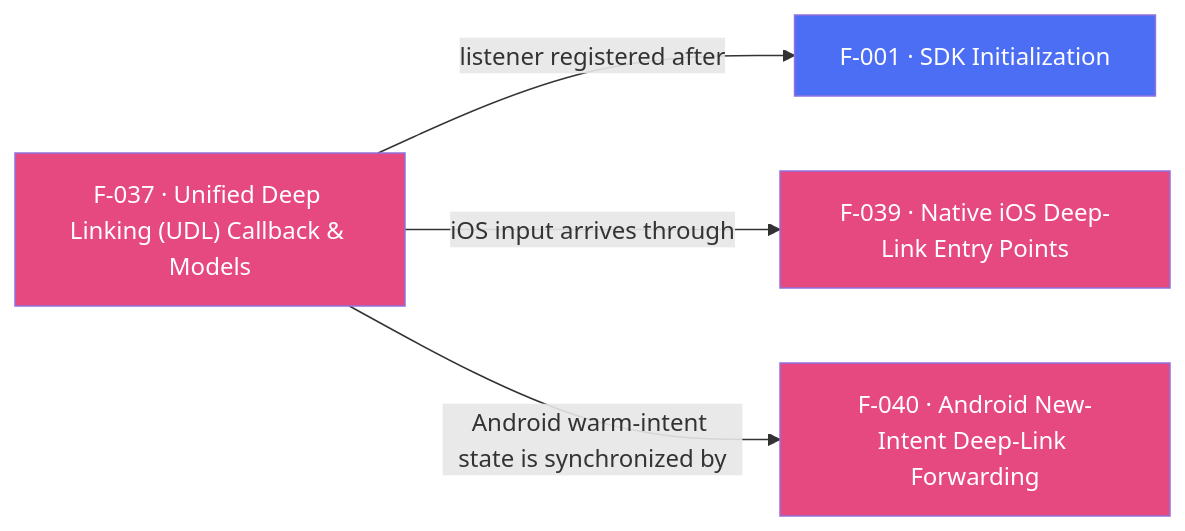
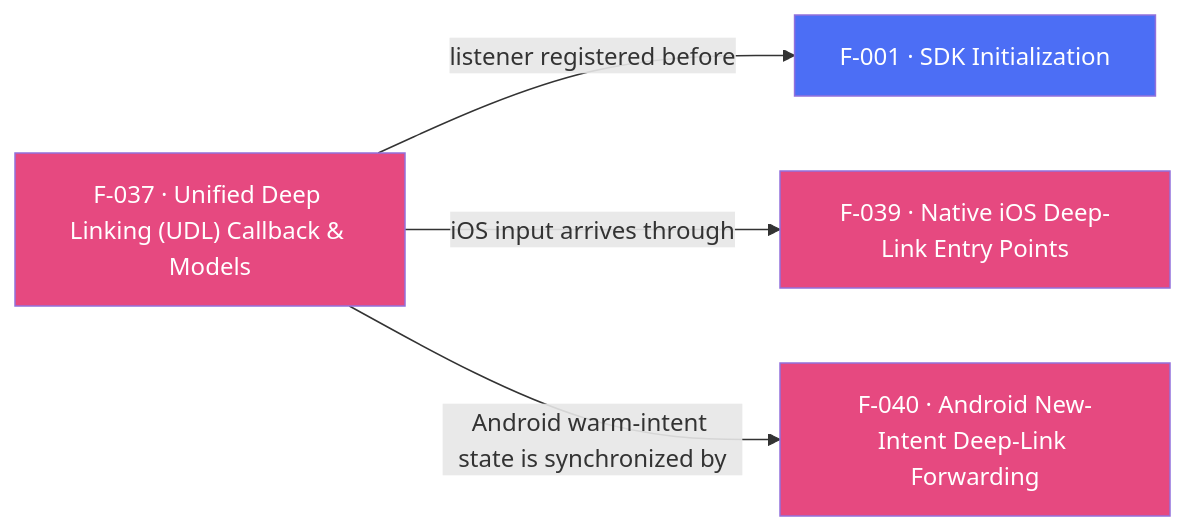
Before and after one commit to AppsFlyerSDK/appsflyer-flutter-plugin: the diagram in internal-docs/features/F-037-unified-deep-linking-callback-and-models.md, drawn with Mermaid. The commit also changed other lines of this file and 26 other files, not shown here.

Commit message:
[DELIVERY-125863] Replace event streams with callback-based register*Listener APIs

````diff
--- a/internal-docs/features/F-037-unified-deep-linking-callback-and-models.md
+++ b/internal-docs/features/F-037-unified-deep-linking-callback-and-models.md
@@ -94,8 +99,8 @@
 ```mermaid
 flowchart LR
-    F037["F-037 · Unified Deep Linking (UDL) Callback & Models"]:::deepLinking -->|"listener registered after"| F001["F-001 · SDK Initialization"]:::sdkCore
+    F037["F-037 · Unified Deep Linking (UDL) Callback & Models"]:::deepLinking -->|"listener registered before"| F001["F-001 · SDK Initialization"]:::sdkCore
     F037 -->|"iOS input arrives through"| F039["F-039 · Native iOS Deep-Link Entry Points"]:::deepLinking
     F037 -->|"Android warm-intent state is synchronized by"| F040["F-040 · Android New-Intent Deep-Link Forwarding"]:::deepLinking
     classDef deepLinking fill:#E64980,color:#fff
     classDef sdkCore fill:#4C6EF5,color:#fff
 ```
````
